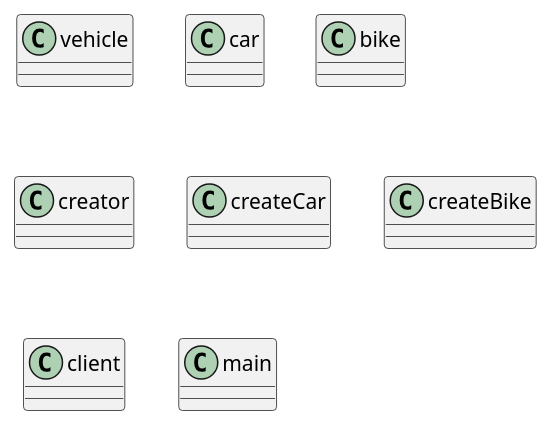
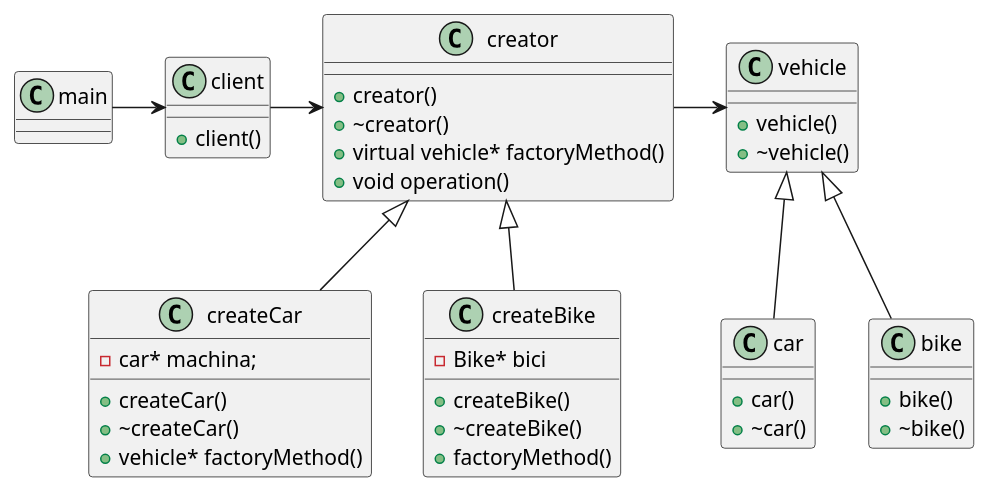
Before and after one commit to PiyushJadhav/practice-cpp: the diagram in designs/factory/factory.pu, drawn with PlantUML. The commit also changed 3 other files, not shown here.

```diff
--- a/designs/factory/factory.pu
+++ b/designs/factory/factory.pu
@@ -1,43 +1,69 @@
 @startuml factory
 
 class vehicle
 {
-
+    + vehicle()
+    + ~vehicle()
 }
 
 class car
 {
-
+    + car()
+    + ~car()
 }
 
 class bike
 {
-
+    + bike()
+    + ~bike()
 }
 
 class creator
 {
-
+    + creator()
+    + ~creator()
+    + virtual vehicle* factoryMethod()
+    + void operation()
 }
 
 class createCar
 {
-
+    + createCar()
+    + ~createCar()
+    + vehicle* factoryMethod()
+    - car* machina;
 }
 
 class createBike
 {
-
+    + createBike()
+    + ~createBike()
+    + factoryMethod()
+    - Bike* bici
 }
 
 class client
 {
-
+    + client()
 }
 
 class main
 {
 
 }
 
+vehicle <|-- car
+vehicle <|-- bike
+
+creator <|-- createCar
+creator <|-- createBike
+
+client -> creator
+
+creator -> vehicle
+
+
+
+main -> client
+
 @enduml
```
